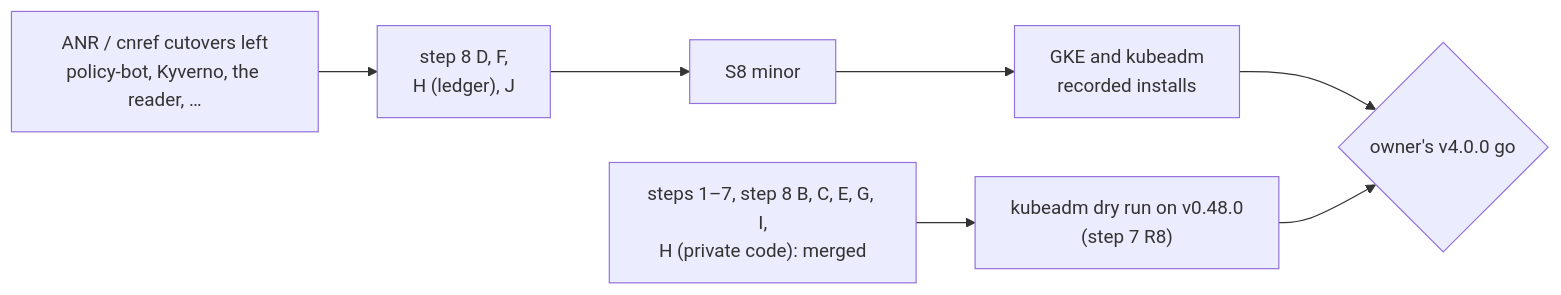
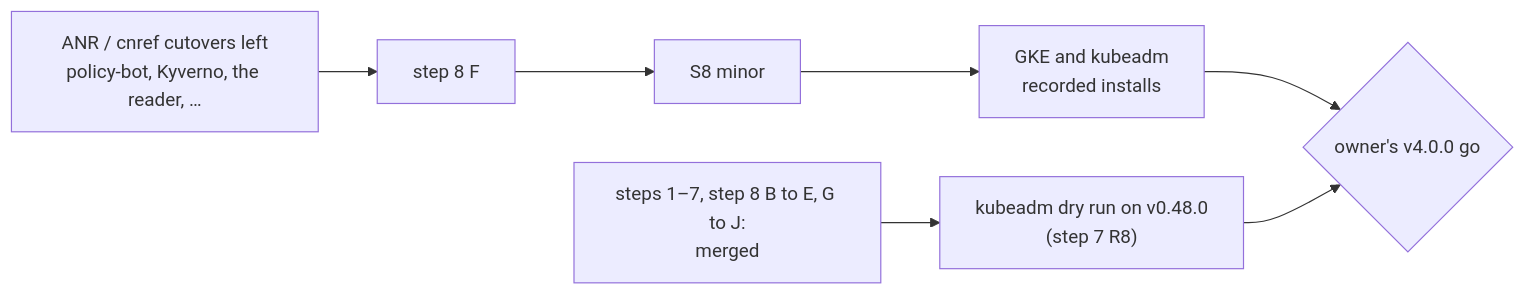
The diagram in docs/v4-readiness.md (Smana/maku), drawn with Mermaid before and after one commit. The commit also changed other lines of this file and 9 other files, not shown here.

````diff
--- a/docs/v4-readiness.md
+++ b/docs/v4-readiness.md
@@ -13,9 +13,9 @@
 ```mermaid
 flowchart LR
-  s17["steps 1–7, step 8 B, C, E, G, I,<br/>H (private code): merged"] --> dry["kubeadm dry run on v0.48.0<br/>(step 7 R8)"]
-  anr["ANR / cnref cutovers left<br/>policy-bot, Kyverno, the reader, …"] --> s8["step 8 D, F,<br/>H (ledger), J"]
+  s17["steps 1–7, step 8 B to E, G to J:<br/>merged"] --> dry["kubeadm dry run on v0.48.0<br/>(step 7 R8)"]
+  anr["ANR / cnref cutovers left<br/>policy-bot, Kyverno, the reader, …"] --> s8["step 8 F"]
   s8 --> S8["S8 minor"]
   S8 --> live["GKE and kubeadm<br/>recorded installs"]
   live --> go{"owner's v4.0.0 go"}
   dry --> go
 ```
````
